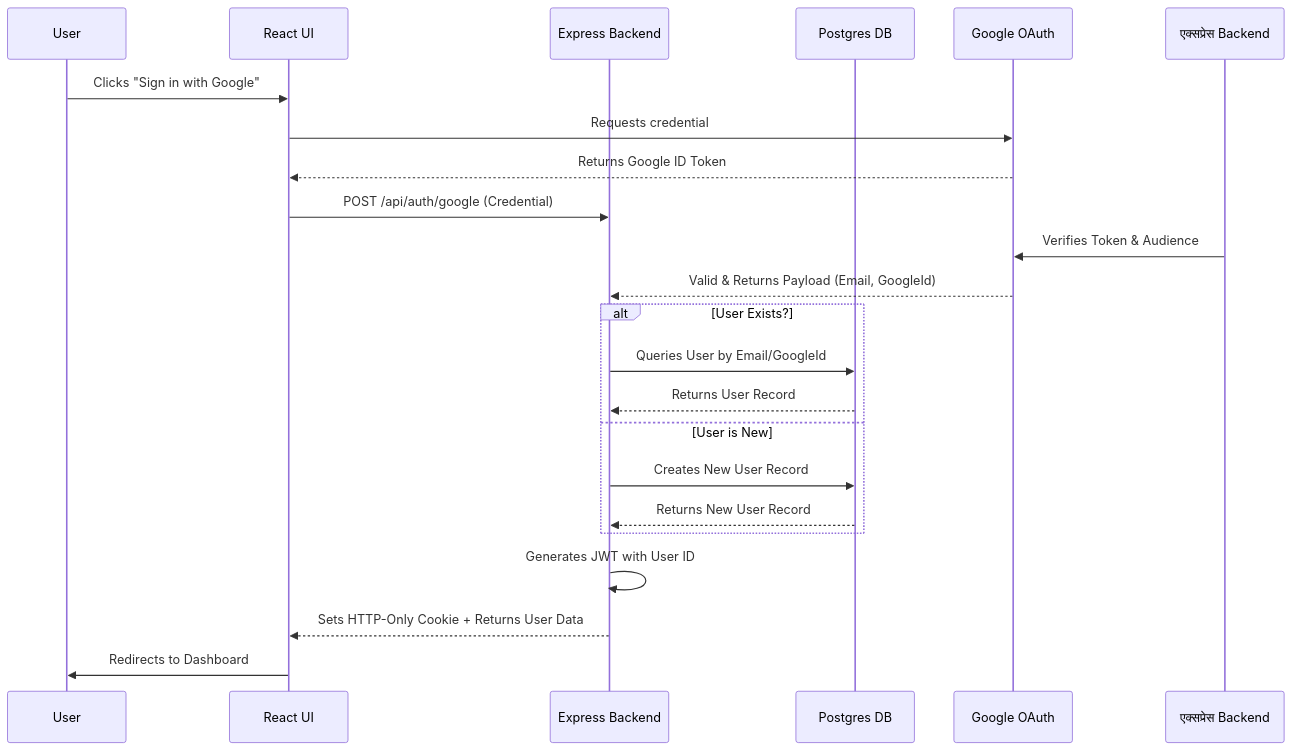
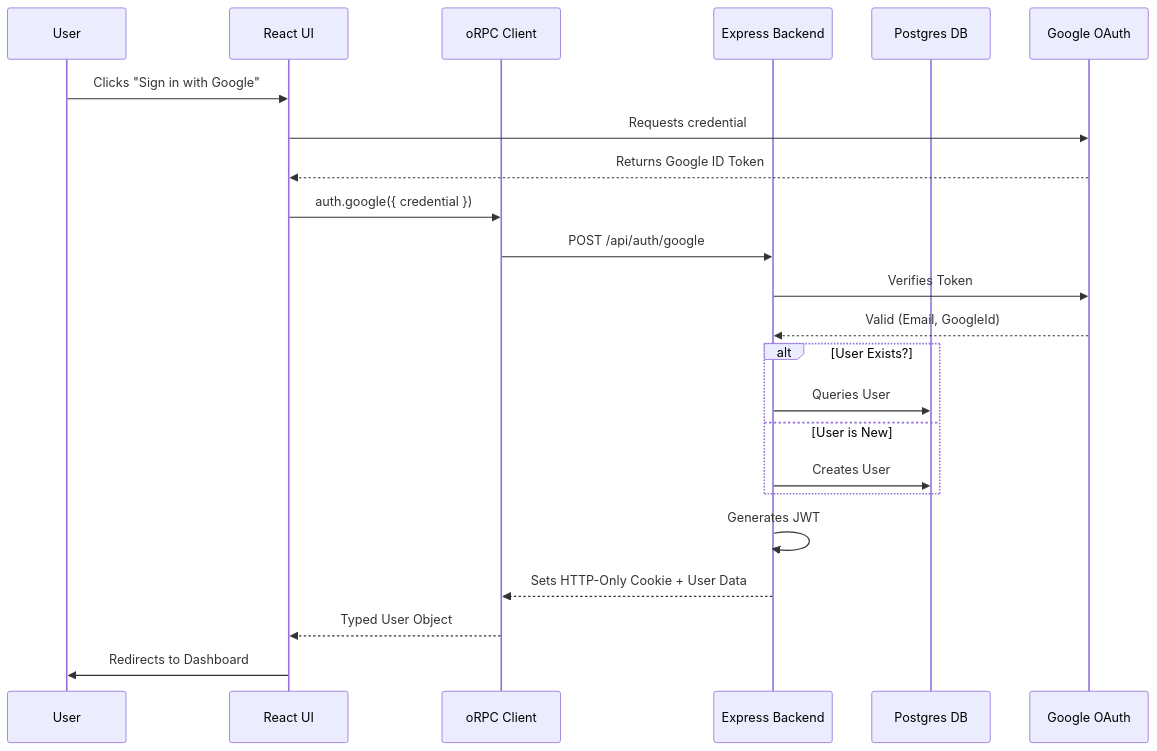
The first of 3 diagrams in ARCHITECTURE.md (Srusti118/ToDoAppJS), drawn with Mermaid before and after one commit. The commit also changed other lines of this file and 1 other file, not shown here.

````diff
--- a/ARCHITECTURE.md
+++ b/ARCHITECTURE.md
@@ -8,27 +15,28 @@
 ```mermaid
 sequenceDiagram
     participant User
     participant React UI
+    participant oRPC Client
     participant Express Backend
     participant Postgres DB
     participant Google OAuth
 
     User->>React UI: Clicks "Sign in with Google"
     React UI->>Google OAuth: Requests credential
     Google OAuth-->>React UI: Returns Google ID Token
-    React UI->>Express Backend: POST /api/auth/google (Credential)
-     एक्सप्रेस Backend->>Google OAuth: Verifies Token & Audience
-    Google OAuth-->>Express Backend: Valid & Returns Payload (Email, GoogleId)
+    React UI->>oRPC Client: auth.google({ credential })
+    oRPC Client->>Express Backend: POST /api/auth/google
+    Express Backend->>Google OAuth: Verifies Token
+    Google OAuth-->>Express Backend: Valid (Email, GoogleId)
     
     alt User Exists?
-        Express Backend->>Postgres DB: Queries User by Email/GoogleId
-        Postgres DB-->>Express Backend: Returns User Record
+        Express Backend->>Postgres DB: Queries User
     else User is New
-        Express Backend->>Postgres DB: Creates New User Record
-        Postgres DB-->>Express Backend: Returns New User Record
+        Express Backend->>Postgres DB: Creates User
     end
 
-    Express Backend->>Express Backend: Generates JWT with User ID
-    Express Backend-->>React UI: Sets HTTP-Only Cookie + Returns User Data
+    Express Backend->>Express Backend: Generates JWT
+    Express Backend-->>oRPC Client: Sets HTTP-Only Cookie + User Data
+    oRPC Client-->>React UI: Typed User Object
     React UI->>User: Redirects to Dashboard
 ```
````
